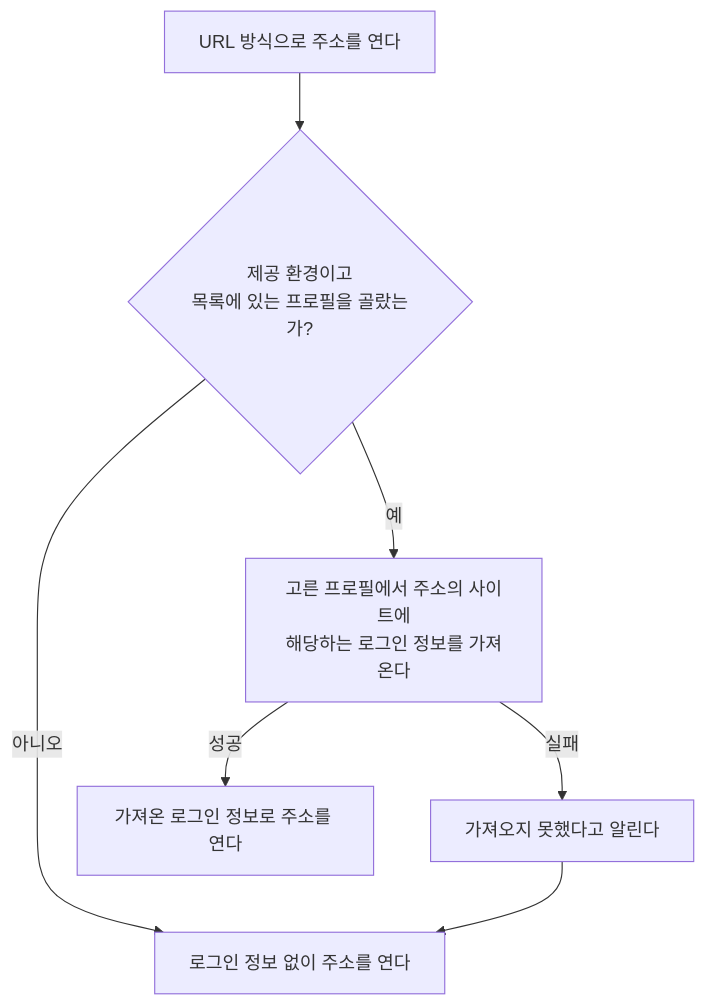
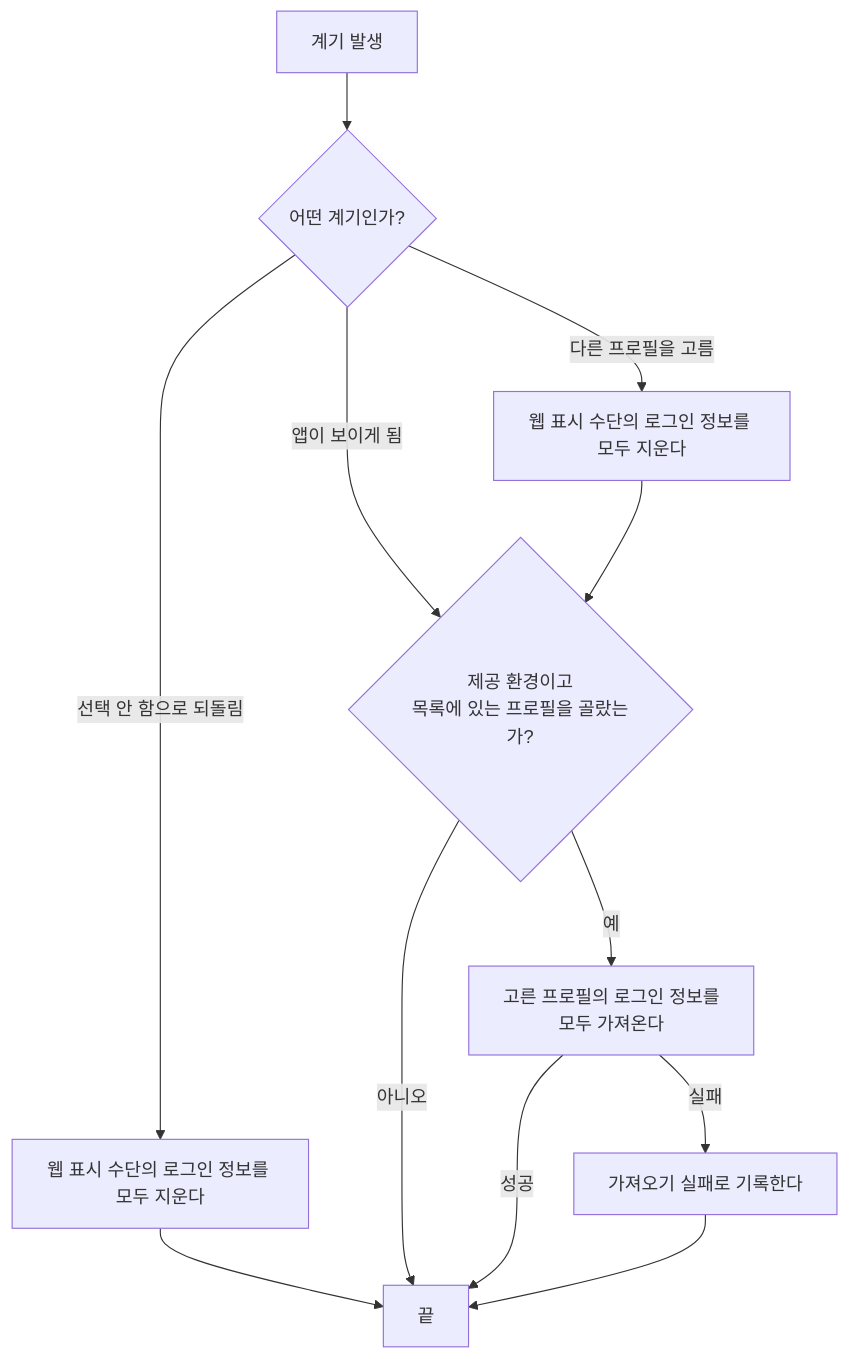
The first of 2 diagrams in docs/spec/chrome-session-import.md (taetae98coding/DiaryKMP), drawn with Mermaid before and after one commit. The commit also changed other lines of this file and 5 other files, not shown here.

````diff
--- a/docs/spec/chrome-session-import.md
+++ b/docs/spec/chrome-session-import.md
@@ -43,8 +49,11 @@
 ```mermaid
 flowchart TD
-    start["URL 방식으로 주소를 연다"] --> supported{"제공 환경이고<br/>목록에 있는 프로필을 골랐는가?"}
-    supported -- 아니오 --> open["로그인 정보 없이 주소를 연다"]
-    supported -- 예 --> import["고른 프로필에서 주소의 사이트에<br/>해당하는 로그인 정보를 가져온다"]
-    import -- 성공 --> openWith["가져온 로그인 정보로 주소를 연다"]
-    import -- 실패 --> notify["가져오지 못했다고 알린다"] --> open
+    trigger["계기 발생"] --> which{"어떤 계기인가?"}
+    which -- "앱이 보이게 됨" --> selected{"제공 환경이고<br/>목록에 있는 프로필을 골랐는가?"}
+    which -- "다른 프로필을 고름" --> clear["웹 표시 수단의 로그인 정보를 모두 지운다"] --> selected
+    which -- "선택 안 함으로 되돌림" --> clearOnly["웹 표시 수단의 로그인 정보를 모두 지운다"] --> done["끝"]
+    selected -- 아니오 --> done
+    selected -- 예 --> import["고른 프로필의 로그인 정보를<br/>모두 가져온다"]
+    import -- 성공 --> done
+    import -- 실패 --> fail["가져오기 실패로 기록한다"] --> done
 ```
````
